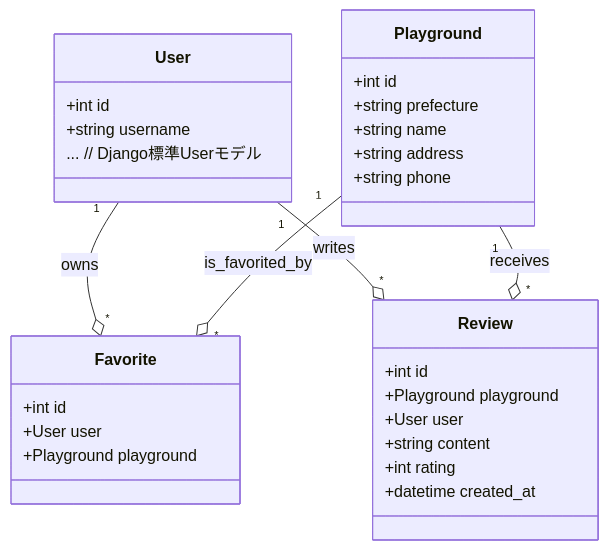
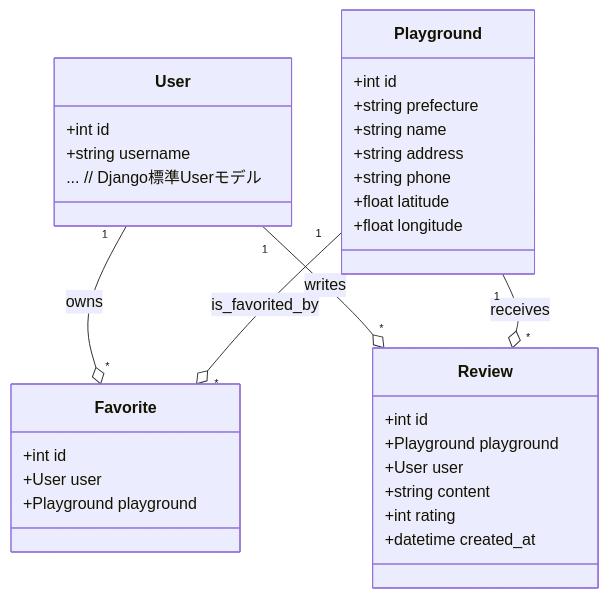
The diagram in docs/class_diagram.md (jam006097/kids-playground), drawn with Mermaid before and after one commit. The commit also changed 2 other files, not shown here.

Commit message:
modelsに緯度と経度を追加

````diff
--- a/docs/class_diagram.md
+++ b/docs/class_diagram.md
@@ -3,33 +3,35 @@
 ```mermaid
 classDiagram
     class Playground {
         +int id
         +string prefecture
         +string name
         +string address
         +string phone
+        +float latitude
+        +float longitude
     }
     class Favorite {
         +int id
         +User user
         +Playground playground
     }
     class Review {
         +int id
         +Playground playground
         +User user
         +string content
         +int rating
         +datetime created_at
     }
     class User {
         +int id
         +string username
         ... // Django標準Userモデル
     }
 
     User "1" --o "*" Favorite : owns
     User "1" --o "*" Review : writes
     Playground "1" --o "*" Favorite : is_favorited_by
     Playground "1" --o "*" Review : receives
 ```
````
